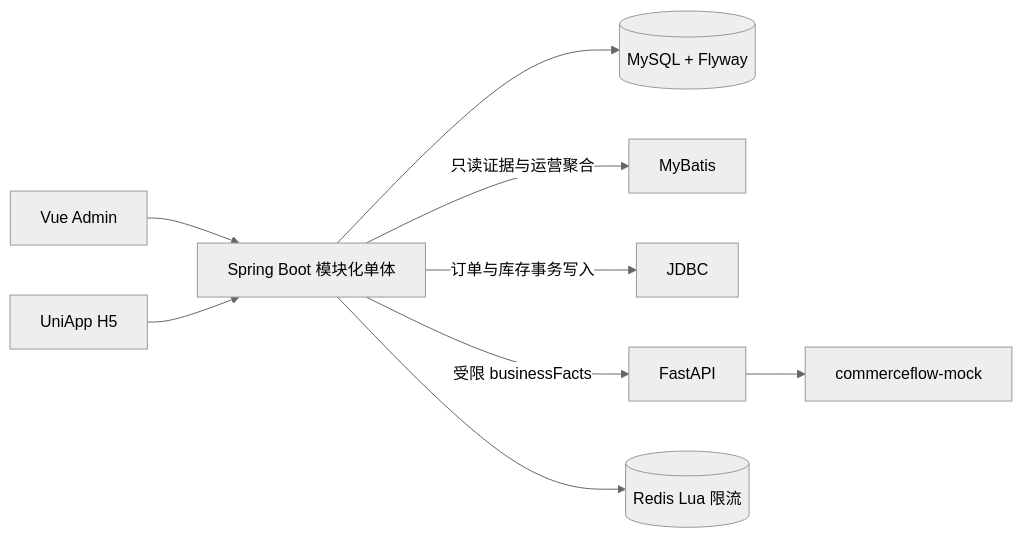
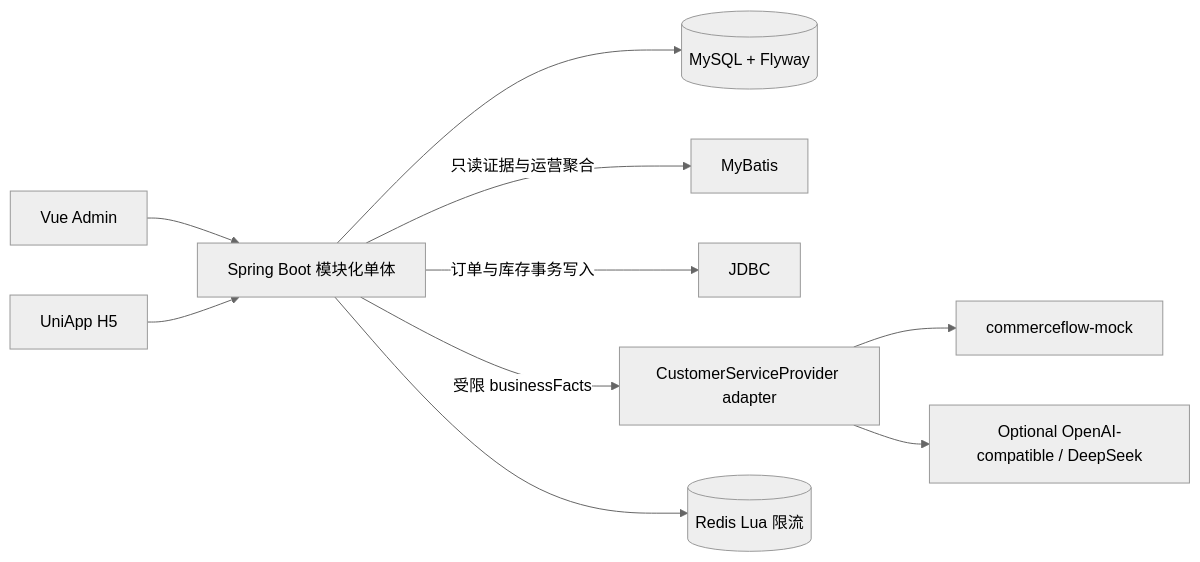
Before and after one commit to jameswilson87156-del/commerceflow-ai-mall: the diagram in README.md, drawn with Mermaid (neutral theme). The commit also changed other lines of this file and 231 other files, not shown here.

````diff
--- a/README.md
+++ b/README.md
@@ -33,11 +37,12 @@
 ```mermaid
 flowchart LR
   A[Vue Admin] --> J[Spring Boot 模块化单体]
   U[UniApp H5] --> J
   J --> M[(MySQL + Flyway)]
   J -->|只读证据与运营聚合| MB[MyBatis]
   J -->|订单与库存事务写入| JD[JDBC]
-  J -->|受限 businessFacts| P[FastAPI]
+  J -->|受限 businessFacts| P[CustomerServiceProvider adapter]
   P --> MP[commerceflow-mock]
+  P --> EX[Optional OpenAI-compatible / DeepSeek]
   J --> R[(Redis Lua 限流)]
 ```
````
